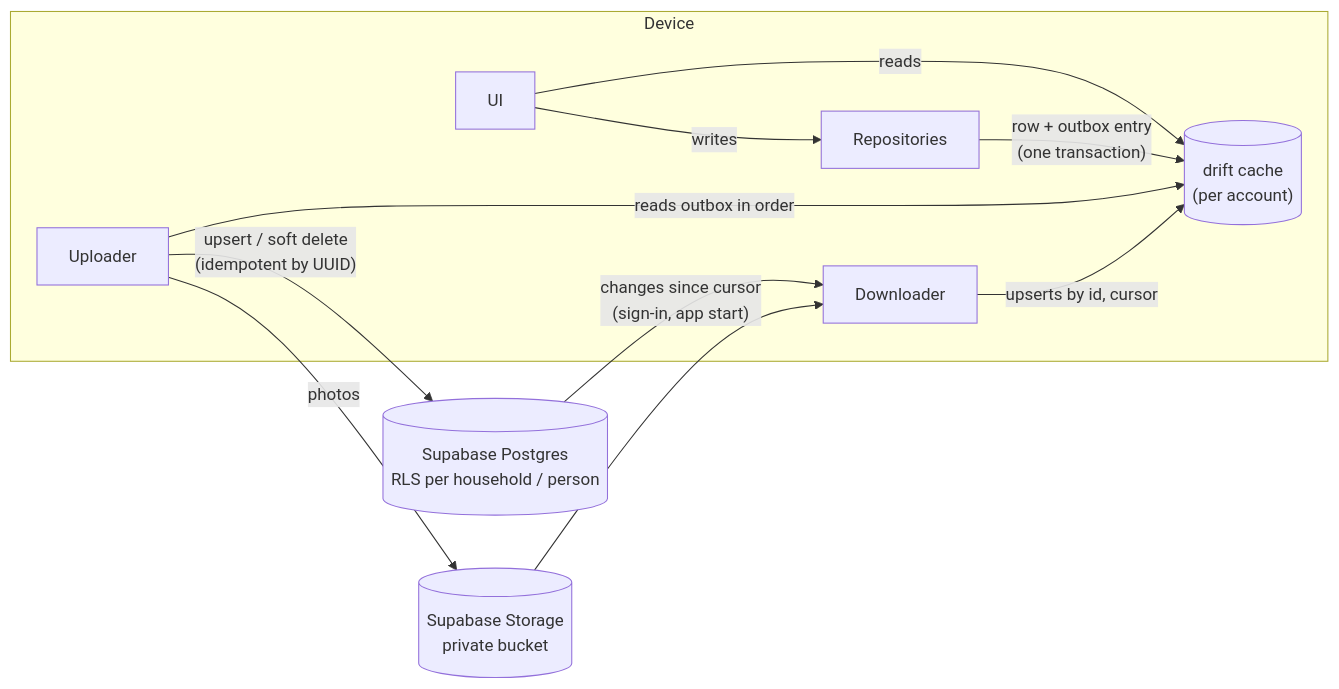
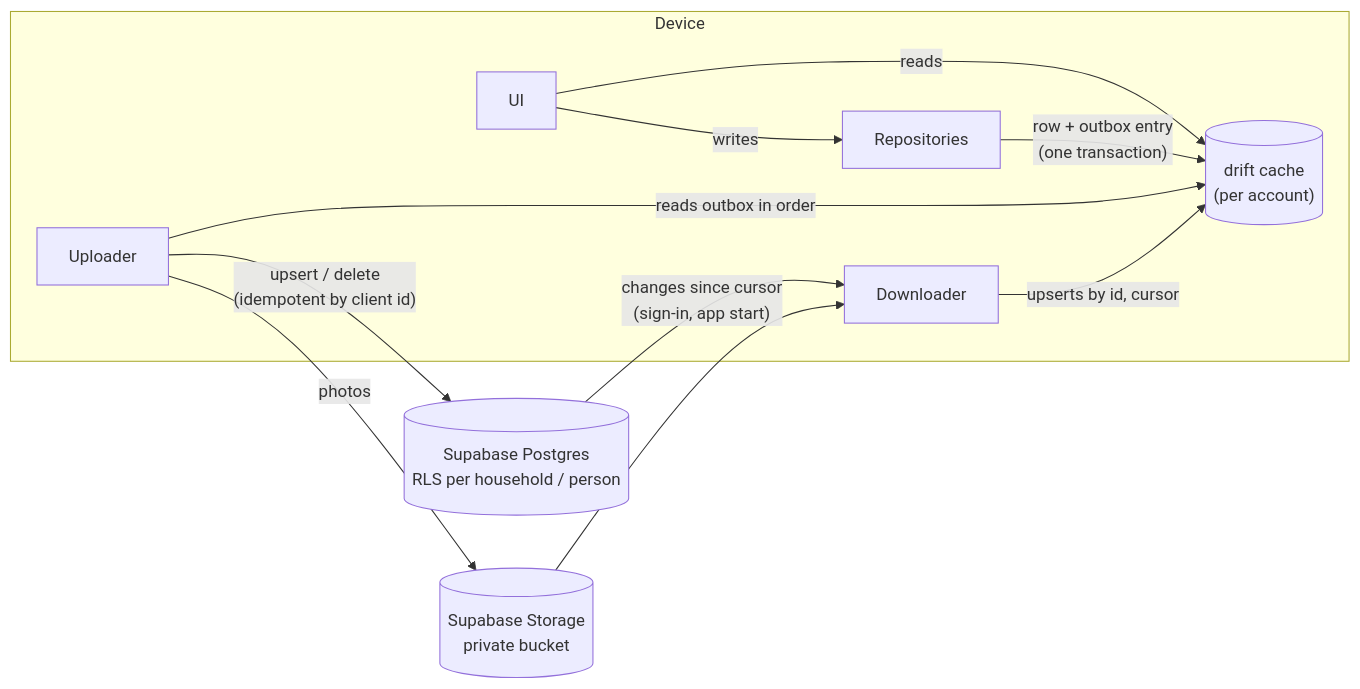
Before and after one commit to anjahubac/tavli: the second of 3 diagrams in docs/architecture.md, drawn with Mermaid. The commit also changed other lines of this file and 5 other files, not shown here.

First line of the commit message:
docs(006): architecture, roadmap, agent guide and README for accounts

````diff
--- a/docs/architecture.md
+++ b/docs/architecture.md
@@ -60,14 +59,14 @@
 ```mermaid
 flowchart LR
   subgraph Device
     UI2[UI] -->|reads| CACHE[("drift cache<br/>(per account)")]
     UI2 -->|writes| REPO[Repositories]
     REPO -->|"row + outbox entry<br/>(one transaction)"| CACHE
     UP[Uploader] -->|"reads outbox in order"| CACHE
     DOWN[Downloader] -->|"upserts by id, cursor"| CACHE
   end
-  UP -->|"upsert / soft delete<br/>(idempotent by UUID)"| PG[("Supabase Postgres<br/>RLS per household / person")]
+  UP -->|"upsert / delete<br/>(idempotent by client id)"| PG[("Supabase Postgres<br/>RLS per household / person")]
   UP -->|photos| ST[("Supabase Storage<br/>private bucket")]
   PG -->|"changes since cursor<br/>(sign-in, app start)"| DOWN
   ST --> DOWN
 ```
````
